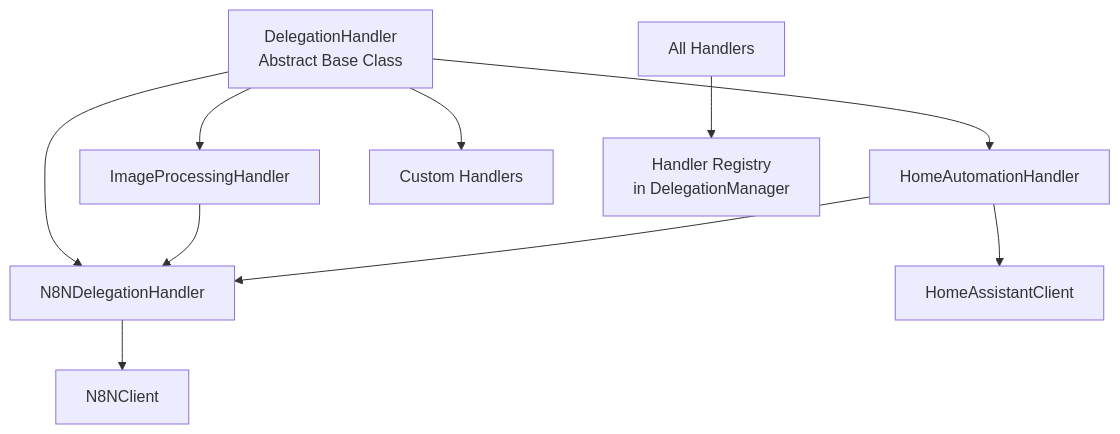
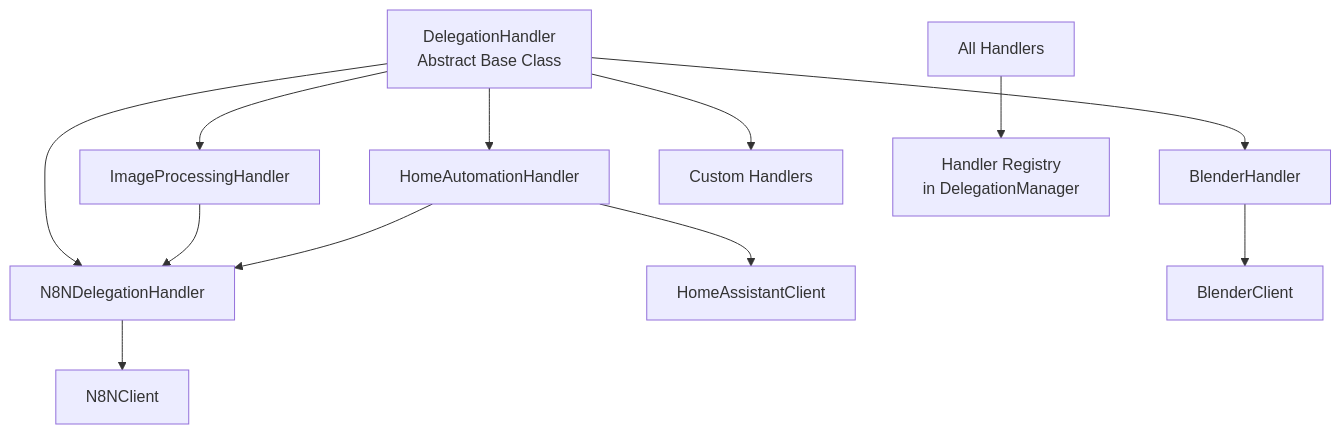
Before and after one commit to MzxzD/Janet-seed: the first of 5 diagrams in src/delegation/handlers/README.md, drawn with Mermaid. The commit also changed other lines of this file and 63 other files, not shown here.

First line of the commit message:
Sync from JanetOS/janet-seed: API server, menubar, Blender handler, HA dashboard, MCP servers, health

````diff
--- a/src/delegation/handlers/README.md
+++ b/src/delegation/handlers/README.md
@@ -15,14 +15,16 @@
 ```mermaid
 flowchart TB
     Base[DelegationHandler<br/>Abstract Base Class] --> ImageHandler[ImageProcessingHandler]
     Base --> HomeHandler[HomeAutomationHandler]
+    Base --> BlenderHandler[BlenderHandler]
     Base --> N8NHandler[N8NDelegationHandler]
     Base --> CustomHandler[Custom Handlers]
     
     ImageHandler --> N8NHandler
     HomeHandler --> N8NHandler
     HomeHandler --> HAClient[HomeAssistantClient]
+    BlenderHandler --> BlenderClient[BlenderClient]
     N8NHandler --> N8NClient[N8NClient]
     
     All[All Handlers] --> Registry[Handler Registry<br/>in DelegationManager]
 ```
````
